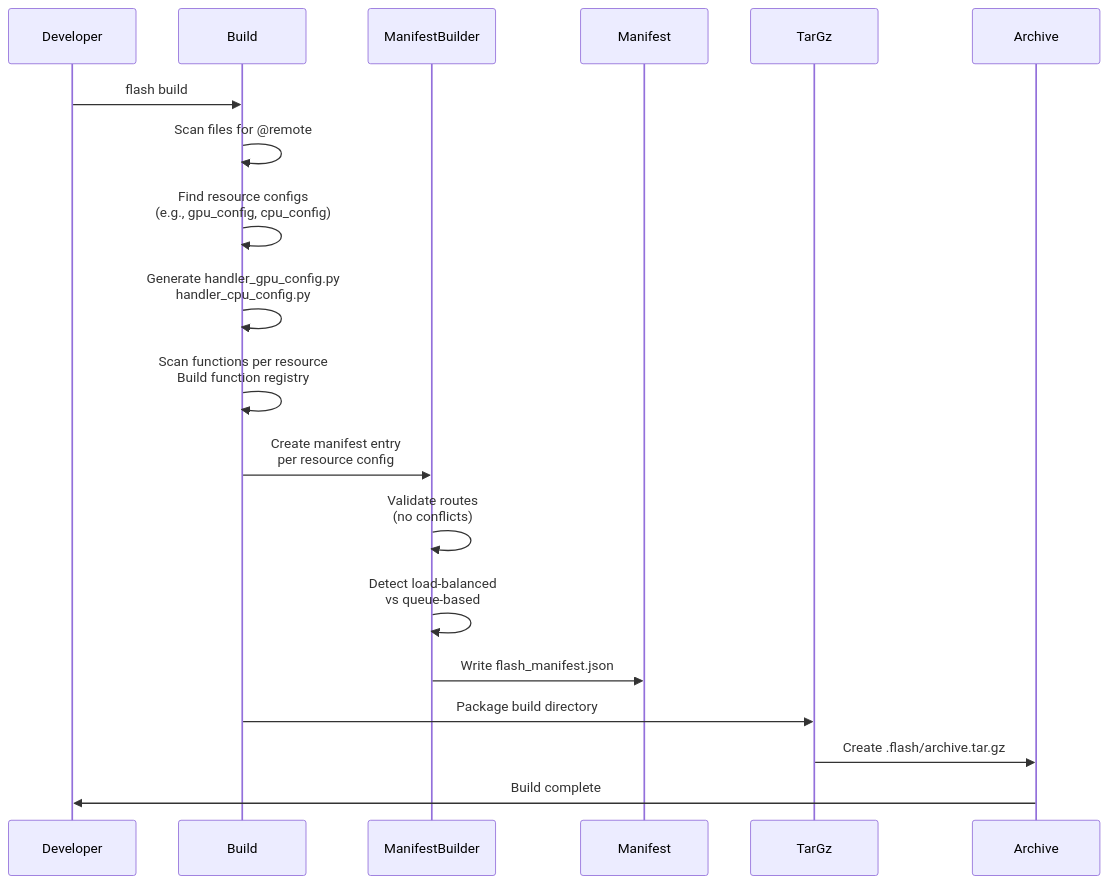
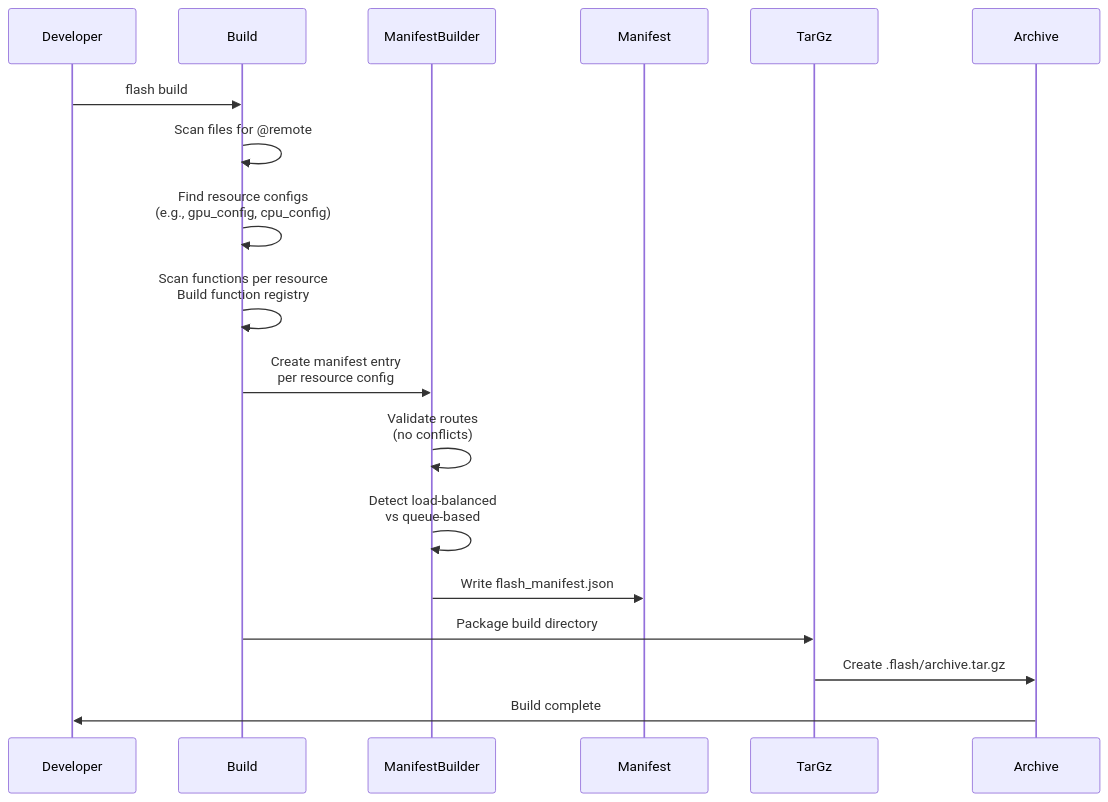
Before and after one commit to runpod/tetra-rp: the second of 9 diagrams in docs/Flash_Deploy_Guide.md, drawn with Mermaid. The commit also changed other lines of this file and 30 other files, not shown here.

First line of the commit message:
refactor(build): remove deprecated handler generator and add verification scripts (#166)

````diff
--- a/docs/Flash_Deploy_Guide.md
+++ b/docs/Flash_Deploy_Guide.md
@@ -210,15 +209,14 @@
 ```mermaid
 sequenceDiagram
     Developer->>Build: flash build
     Build->>Build: Scan files for @remote
     Build->>Build: Find resource configs<br/>(e.g., gpu_config, cpu_config)
-    Build->>Build: Generate handler_gpu_config.py<br/>handler_cpu_config.py
     Build->>Build: Scan functions per resource<br/>Build function registry
     Build->>ManifestBuilder: Create manifest entry<br/>per resource config
     ManifestBuilder->>ManifestBuilder: Validate routes<br/>(no conflicts)
     ManifestBuilder->>ManifestBuilder: Detect load-balanced<br/>vs queue-based
     ManifestBuilder->>Manifest: Write flash_manifest.json
     Build->>TarGz: Package build directory
     TarGz->>Archive: Create .flash/archive.tar.gz
     Archive->>Developer: Build complete
 ```
````
